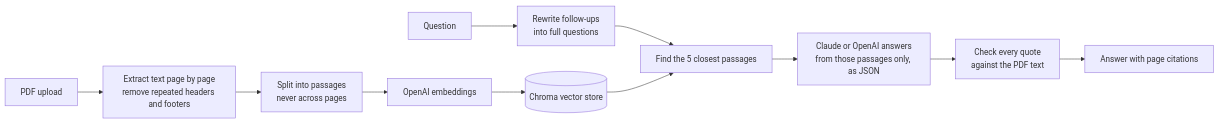
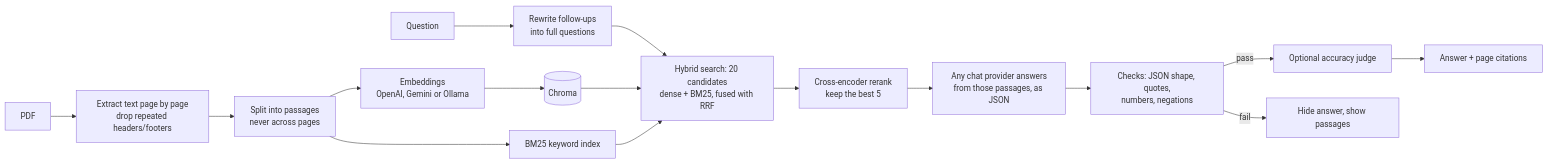
The diagram in README.md (Nijenth/Sourced), drawn with Mermaid before and after one commit. The commit also changed other lines of this file and 1 other file, not shown here.

Commit message:
README: results, setup per provider, known limitations

````diff
--- a/README.md
+++ b/README.md
@@ -25,13 +26,18 @@
 ```mermaid
 flowchart LR
-    A[PDF upload] --> B[Extract text page by page<br/>remove repeated headers and footers]
+    A[PDF] --> B[Extract text page by page<br/>drop repeated headers/footers]
     B --> C[Split into passages<br/>never across pages]
-    C --> D[OpenAI embeddings]
-    D --> E[(Chroma vector store)]
+    C --> D[Embeddings<br/>OpenAI, Gemini or Ollama]
+    C --> K[BM25 keyword index]
+    D --> E[(Chroma)]
     Q[Question] --> R[Rewrite follow-ups<br/>into full questions]
-    R --> S[Find the 5 closest passages]
+    R --> S[Hybrid search: 20 candidates<br/>dense + BM25, fused with RRF]
     E --> S
-    S --> L[Claude or OpenAI answers<br/>from those passages only, as JSON]
-    L --> V[Check every quote<br/>against the PDF text]
-    V --> UI[Answer with page citations]
+    K --> S
+    S --> X[Cross-encoder rerank<br/>keep the best 5]
+    X --> L[Any chat provider answers<br/>from those passages, as JSON]
+    L --> V[Checks: JSON shape, quotes,<br/>numbers, negations]
+    V -->|pass| J[Optional accuracy judge]
+    V -->|fail| P[Hide answer, show passages]
+    J --> UI[Answer + page citations]
 ```
````
